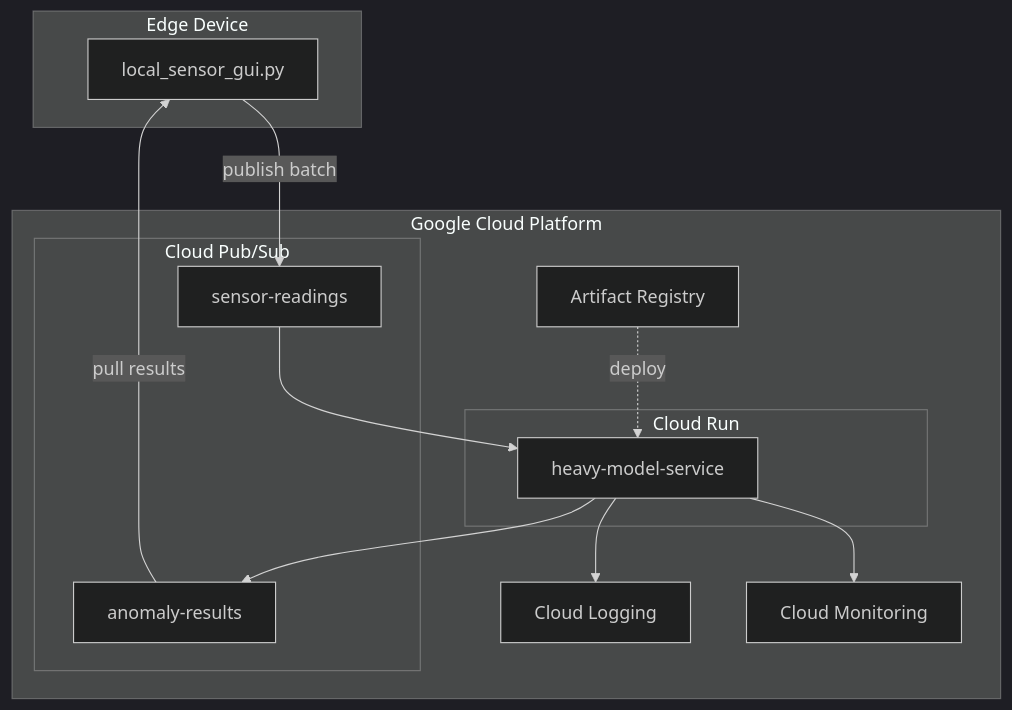
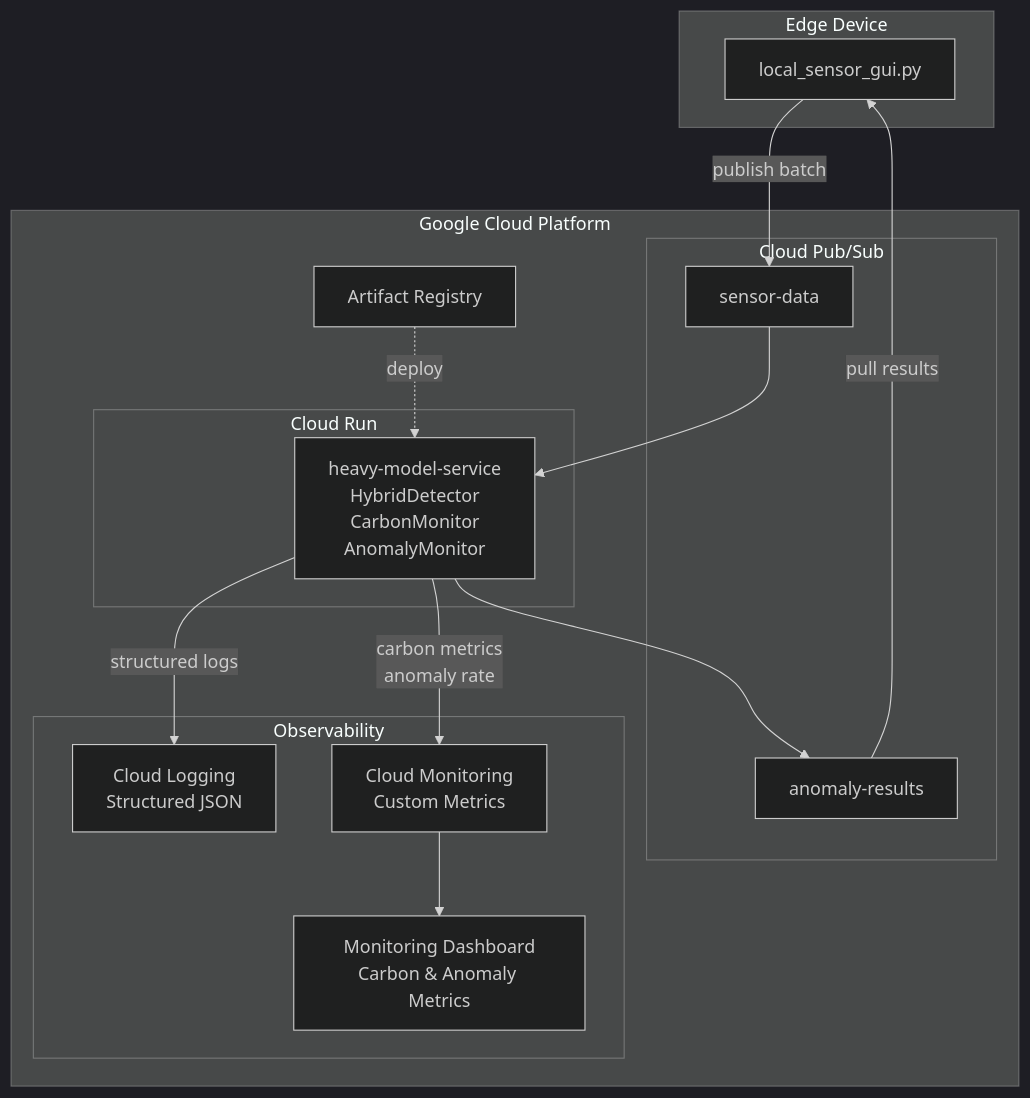
One commit to Taki224/AI-Architecture-and-Cloud-Computing-Final-Project changed the first of 2 diagrams in plans/deployment.md. Above: the diagram before and after it, drawn with Mermaid (dark theme). The commit also changed other lines of this file and 4 other files, not shown here.

First line of the commit message:
Enhance documentation and architecture for Carbon-Aware IoT Anomaly Detection System

````diff
--- a/plans/deployment.md
+++ b/plans/deployment.md
@@ -9,29 +9,34 @@
 ```mermaid
 flowchart TB
     subgraph Edge[Edge Device]
         EdgeApp[local_sensor_gui.py]
     end
 
     subgraph GCP[Google Cloud Platform]
         subgraph PubSub[Cloud Pub/Sub]
-            SensorTopic[sensor-readings]
+            SensorTopic[sensor-data]
             AnomalyTopic[anomaly-results]
         end
 
         subgraph CloudRun[Cloud Run]
-            HeavyService[heavy-model-service]
+            HeavyService[heavy-model-service<br/>HybridDetector<br/>CarbonMonitor<br/>AnomalyMonitor]
         end
 
-        Logging[Cloud Logging]
-        Monitoring[Cloud Monitoring]
+        subgraph Observability[Observability]
+            Logging[Cloud Logging<br/>Structured JSON]
+            Monitoring[Cloud Monitoring<br/>Custom Metrics]
+            Dashboard[Monitoring Dashboard<br/>Carbon & Anomaly Metrics]
+        end
+        
         Registry[Artifact Registry]
     end
 
     EdgeApp -->|publish batch| SensorTopic
     SensorTopic --> HeavyService
     HeavyService --> AnomalyTopic
     AnomalyTopic -->|pull results| EdgeApp
-    HeavyService --> Logging
-    HeavyService --> Monitoring
+    HeavyService -->|structured logs| Logging
+    HeavyService -->|carbon metrics<br/>anomaly rate| Monitoring
+    Monitoring --> Dashboard
     Registry -.->|deploy| HeavyService
 ```
````
